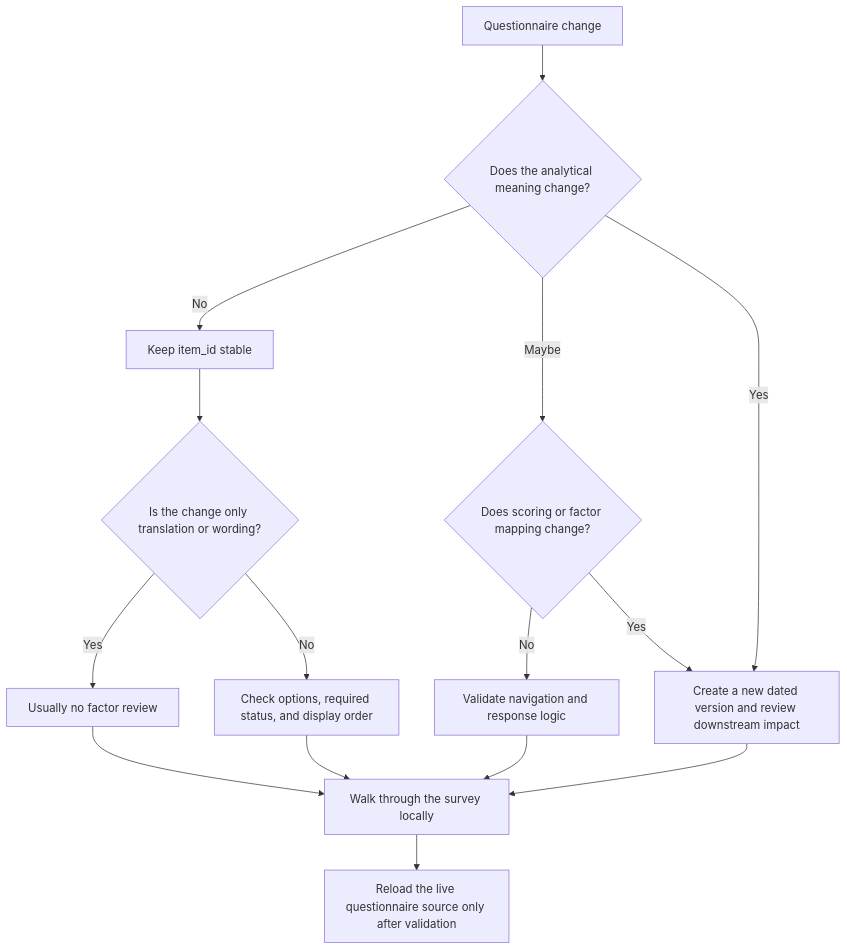
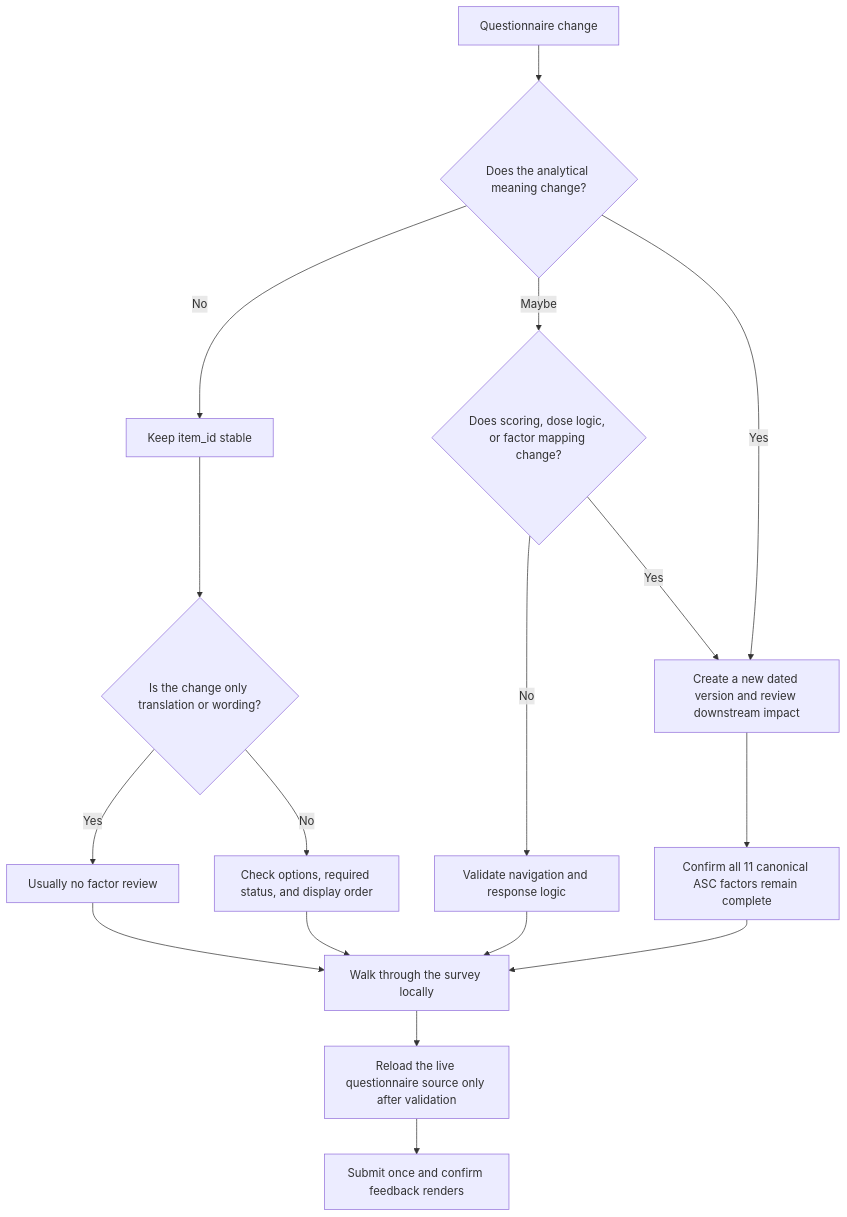
The diagram in docs/diagrams/change-impact-map.mmd (MesmerPrism/axp-mvp-survey-guide), drawn with Mermaid before and after one commit. The commit also changed 19 other files, not shown here.

```diff
--- a/docs/diagrams/change-impact-map.mmd
+++ b/docs/diagrams/change-impact-map.mmd
@@ -1,19 +1,21 @@
 flowchart TD
   A[Questionnaire change] --> B{Does the analytical meaning change?}
   B -->|No| C[Keep item_id stable]
-  B -->|Maybe| D{Does scoring or factor mapping change?}
+  B -->|Maybe| D{Does scoring, dose logic, or factor mapping change?}
   B -->|Yes| E[Create a new dated version and review downstream impact]
 
   D -->|No| F[Validate navigation and response logic]
   D -->|Yes| E
 
   C --> G{Is the change only translation or wording?}
   G -->|Yes| H[Usually no factor review]
   G -->|No| I[Check options, required status, and display order]
 
+  E --> Q[Confirm all 11 canonical ASC factors remain complete]
   F --> J[Walk through the survey locally]
   H --> J
   I --> J
-  E --> J
+  Q --> J
 
   J --> K[Reload the live questionnaire source only after validation]
+  K --> L[Submit once and confirm feedback renders]
```
